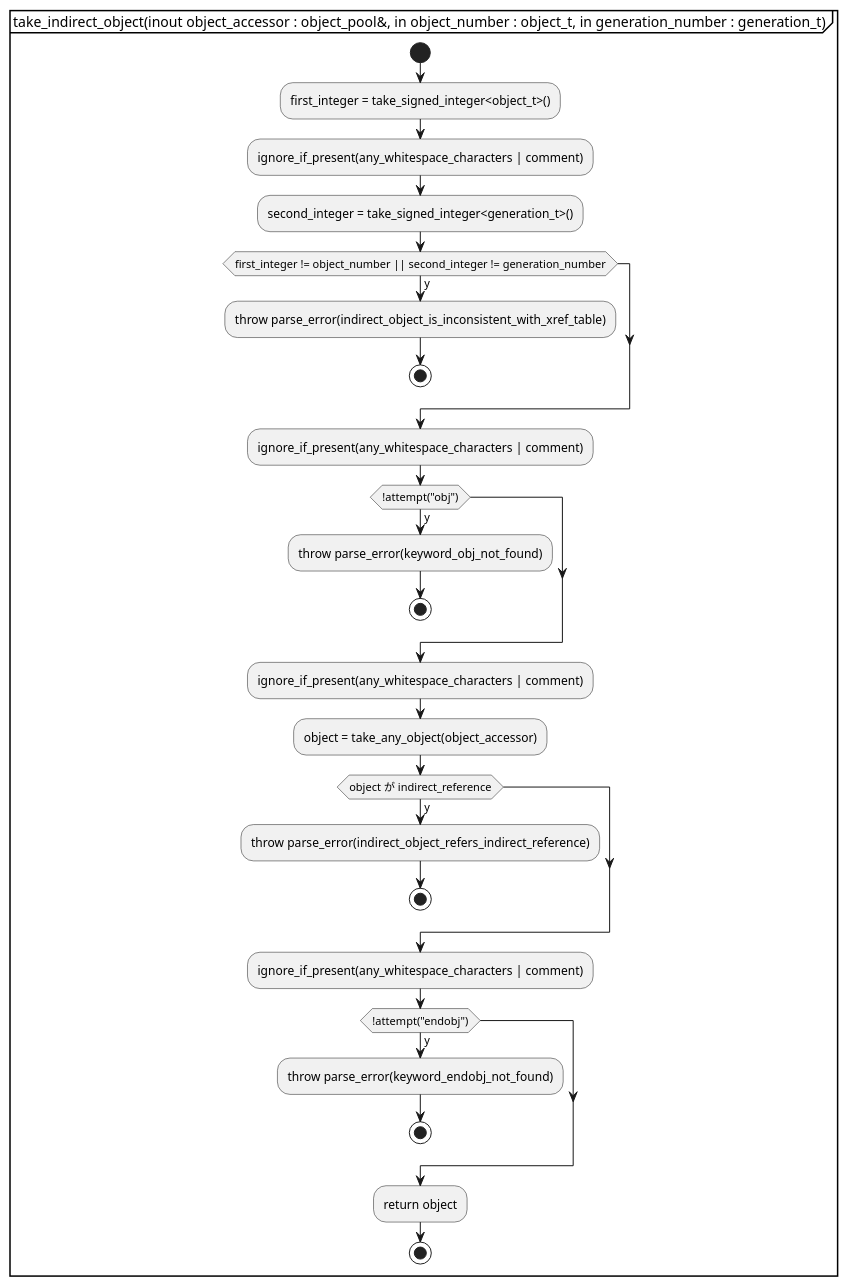
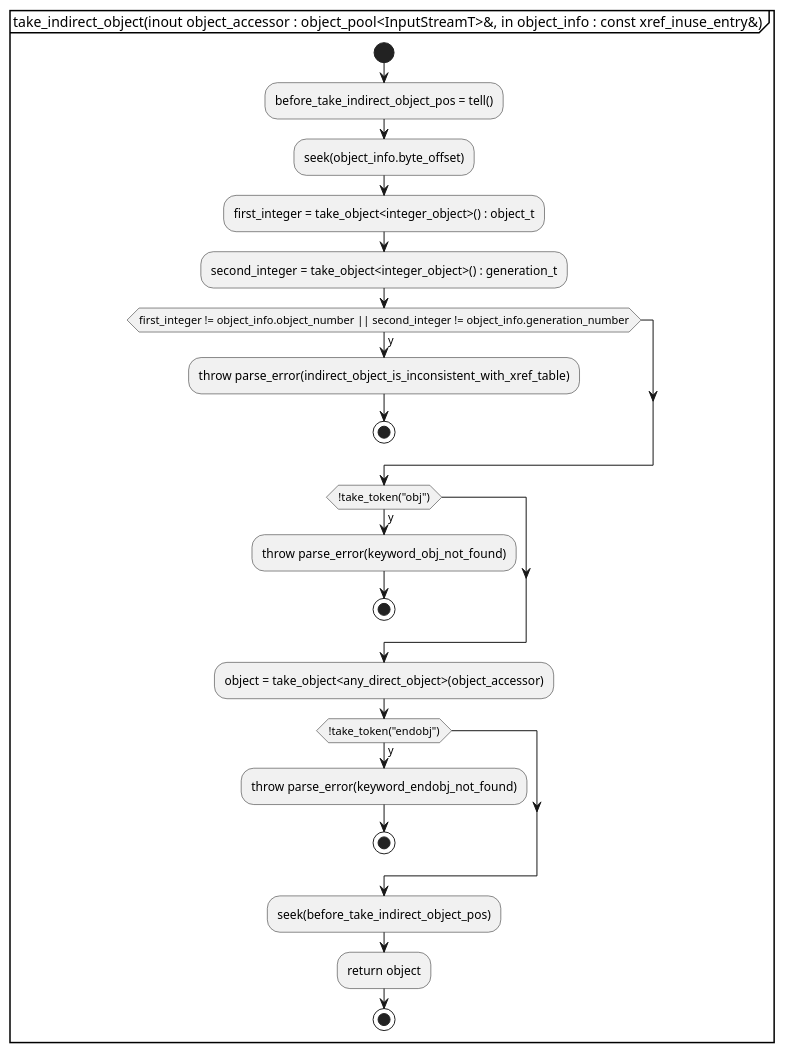
Diagram 23 of 27 in document/stream_parser.activity.pu (KodaiYM/PDFReader), drawn with PlantUML before and after one commit. The commit also changed other lines of this file and 7 other files, not shown here.

```diff
--- a/document/stream_parser.activity.pu
+++ b/document/stream_parser.activity.pu
@@ -554,34 +594,32 @@
 @startuml take_indirect_object
-partition "take_indirect_object(inout object_accessor : object_pool&, in object_number : object_t, in generation_number : generation_t)" {
+partition "take_indirect_object(inout object_accessor : object_pool<InputStreamT>&, in object_info : const xref_inuse_entry&)" {
 start
-	:first_integer = take_signed_integer<object_t>();
-	:ignore_if_present(any_whitespace_characters | comment);
-	:second_integer = take_signed_integer<generation_t>();
-	if (first_integer != object_number || second_integer != generation_number) then (y)
+	:before_take_indirect_object_pos = tell();
+	:seek(object_info.byte_offset);
+
+	:first_integer = take_object<integer_object>() : object_t;
+	:second_integer = take_object<integer_object>() : generation_t;
+
+	if (first_integer != object_info.object_number || second_integer != object_info.generation_number) then (y)
 		:throw parse_error(indirect_object_is_inconsistent_with_xref_table);
 		stop
 	endif
 
-	:ignore_if_present(any_whitespace_characters | comment);
-	if (!attempt("obj")) then (y)
+	if (!take_token("obj")) then (y)
 		:throw parse_error(keyword_obj_not_found);
 		stop
 	endif
 
-	:ignore_if_present(any_whitespace_characters | comment);
-	:object = take_any_object(object_accessor);
-	if (object が indirect_reference) then (y)
-		:throw parse_error(indirect_object_refers_indirect_reference);
+	:object = take_object<any_direct_object>(object_accessor);
+
+	if (!take_token("endobj")) then (y)
+		:throw parse_error(keyword_endobj_not_found);
 		stop
 	endif
 
-	:ignore_if_present(any_whitespace_characters | comment);
-	if (!attempt("endobj")) then (y)
-		:throw parse_error(keyword_endobj_not_found);
-		stop
-	endif
+	:seek(before_take_indirect_object_pos);
 
 	:return object;
 stop
 }
 @enduml
```
